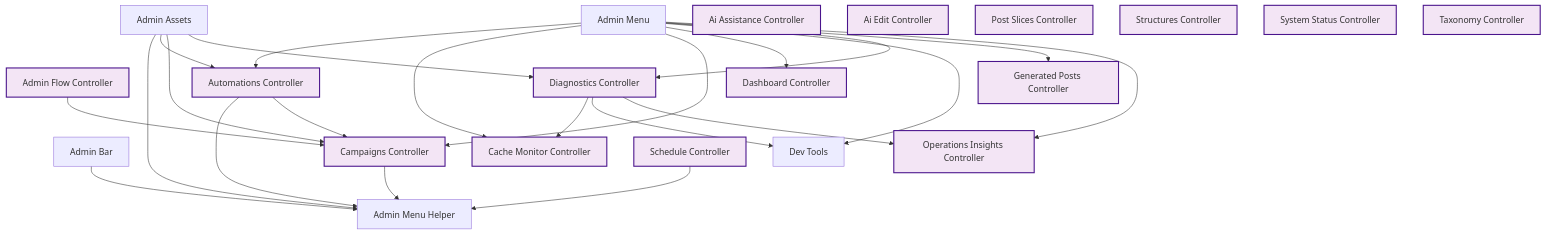
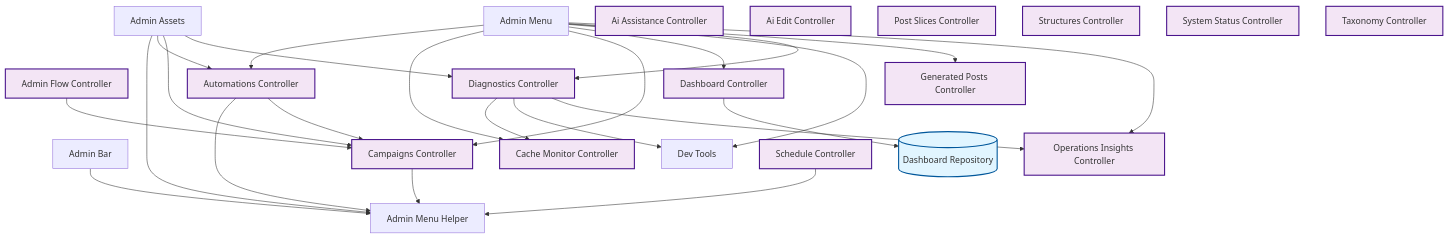
Diagram 13 of 19 in docs/feature-report.md (rpnunez/wp-ai-scheduler), drawn with Mermaid before and after one commit. The commit also changed other lines of this file and 1 other file, not shown here.

````diff
--- a/docs/feature-report.md
+++ b/docs/feature-report.md
@@ -713,52 +714,55 @@
 ```mermaid
 flowchart TD
     %% User Interface & Admin Architecture
 
     Admin_Assets["Admin Assets"]
     Admin_Bar["Admin Bar"]
     Admin_Flow_Controller["Admin Flow Controller"]
     Admin_Menu_Helper["Admin Menu Helper"]
     Admin_Menu["Admin Menu"]
     AI_Assistance_Controller["Ai Assistance Controller"]
     AI_Edit_Controller["Ai Edit Controller"]
     Automations_Controller["Automations Controller"]
     Cache_Monitor_Controller["Cache Monitor Controller"]
     Campaigns_Controller["Campaigns Controller"]
     Dashboard_Controller["Dashboard Controller"]
+    Dashboard_Repository[("Dashboard Repository")]
     Dev_Tools["Dev Tools"]
     Diagnostics_Controller["Diagnostics Controller"]
     Generated_Posts_Controller["Generated Posts Controller"]
     Operations_Insights_Controller["Operations Insights Controller"]
     Post_Slices_Controller["Post Slices Controller"]
     Schedule_Controller["Schedule Controller"]
     Structures_Controller["Structures Controller"]
     System_Status_Controller["System Status Controller"]
     Taxonomy_Controller["Taxonomy Controller"]
 
     Admin_Assets --> Admin_Menu_Helper
     Admin_Assets --> Automations_Controller
     Admin_Assets --> Campaigns_Controller
     Admin_Assets --> Diagnostics_Controller
     Admin_Bar --> Admin_Menu_Helper
     Admin_Flow_Controller --> Campaigns_Controller
     Admin_Menu --> Automations_Controller
     Admin_Menu --> Cache_Monitor_Controller
     Admin_Menu --> Campaigns_Controller
     Admin_Menu --> Dashboard_Controller
     Admin_Menu --> Dev_Tools
     Admin_Menu --> Diagnostics_Controller
     Admin_Menu --> Generated_Posts_Controller
     Admin_Menu --> Operations_Insights_Controller
     Automations_Controller --> Admin_Menu_Helper
     Automations_Controller --> Campaigns_Controller
     Campaigns_Controller --> Admin_Menu_Helper
+    Dashboard_Controller --> Dashboard_Repository
     Diagnostics_Controller --> Cache_Monitor_Controller
     Diagnostics_Controller --> Dev_Tools
     Diagnostics_Controller --> Operations_Insights_Controller
     Schedule_Controller --> Admin_Menu_Helper
 
     classDef repository fill:#e1f5ff,stroke:#01579b,stroke-width:2px
     classDef service fill:#fff3e0,stroke:#e65100,stroke-width:2px
     classDef controller fill:#f3e5f5,stroke:#4a148c,stroke-width:2px
+    class Dashboard_Repository repository
     class Admin_Flow_Controller,AI_Assistance_Controller,AI_Edit_Controller,Automations_Controller,Cache_Monitor_Controller,Campaigns_Controller,Dashboard_Controller,Diagnostics_Controller,Generated_Posts_Controller,Operations_Insights_Controller,Post_Slices_Controller,Schedule_Controller,Structures_Controller,System_Status_Controller,Taxonomy_Controller controller
 ```
````
